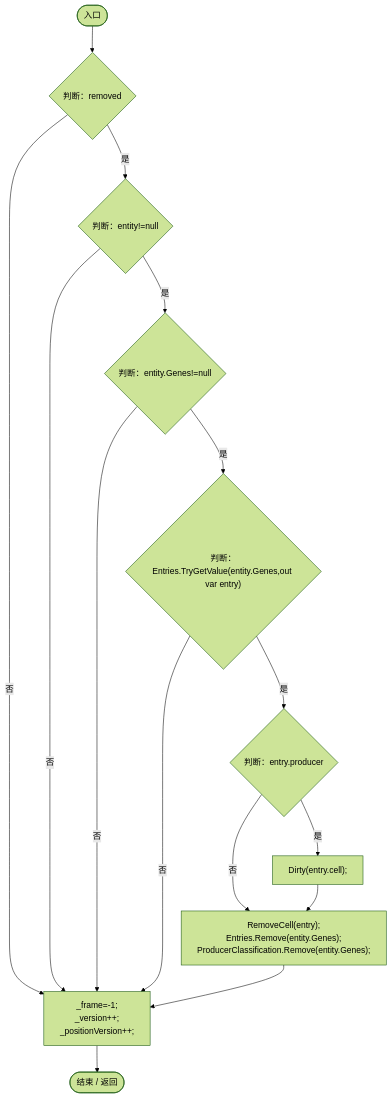
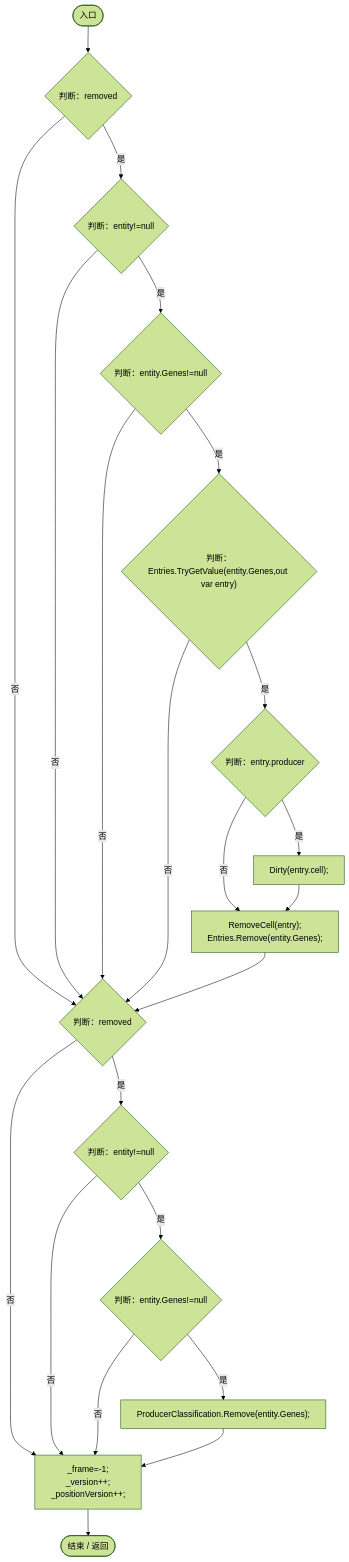
One commit to xhs6666/Darwin_paradise changed the tenth of 18 diagrams in Docs/运行流程图/脚本/e5e24c4aff0395b1.md. Above: the diagram before and after it, drawn with Mermaid (forest theme). The commit also changed other lines of this file and 228 other files, not shown here.

````diff
--- a/Docs/运行流程图/脚本/e5e24c4aff0395b1.md
+++ b/Docs/运行流程图/脚本/e5e24c4aff0395b1.md
@@ -400,28 +400,39 @@
 ```mermaid
 flowchart TD
   b0(["入口"])
   b1{"判断：removed"}
   b2{"判断：entity!=null"}
   b3{"判断：entity.Genes!=null"}
   b4{"判断：Entries.TryGetValue(entity.Genes,out var entry)"}
   b5{"判断：entry.producer"}
   b6["Dirty(entry.cell);"]
-  b7["RemoveCell(entry);<br/>Entries.Remove(entity.Genes);<br/>ProducerClassification.Remove(entity.Genes);"]
-  b8["_frame=-1;<br/>_version++;<br/>_positionVersion++;"]
-  b9(["结束 / 返回"])
+  b7["RemoveCell(entry);<br/>Entries.Remove(entity.Genes);"]
+  b8{"判断：removed"}
+  b9{"判断：entity!=null"}
+  b10{"判断：entity.Genes!=null"}
+  b11["ProducerClassification.Remove(entity.Genes);"]
+  b12["_frame=-1;<br/>_version++;<br/>_positionVersion++;"]
+  b13(["结束 / 返回"])
   b0 --> b1
   b1 -->|"是"| b2
   b1 -->|"否"| b8
   b2 -->|"是"| b3
   b2 -->|"否"| b8
   b3 -->|"是"| b4
   b3 -->|"否"| b8
   b4 -->|"是"| b5
   b4 -->|"否"| b8
   b5 -->|"是"| b6
   b5 -->|"否"| b7
   b6 --> b7
   b7 --> b8
-  b8 --> b9
+  b8 -->|"是"| b9
+  b8 -->|"否"| b12
+  b9 -->|"是"| b10
+  b9 -->|"否"| b12
+  b10 -->|"是"| b11
+  b10 -->|"否"| b12
+  b11 --> b12
+  b12 --> b13
 
 ```
````
